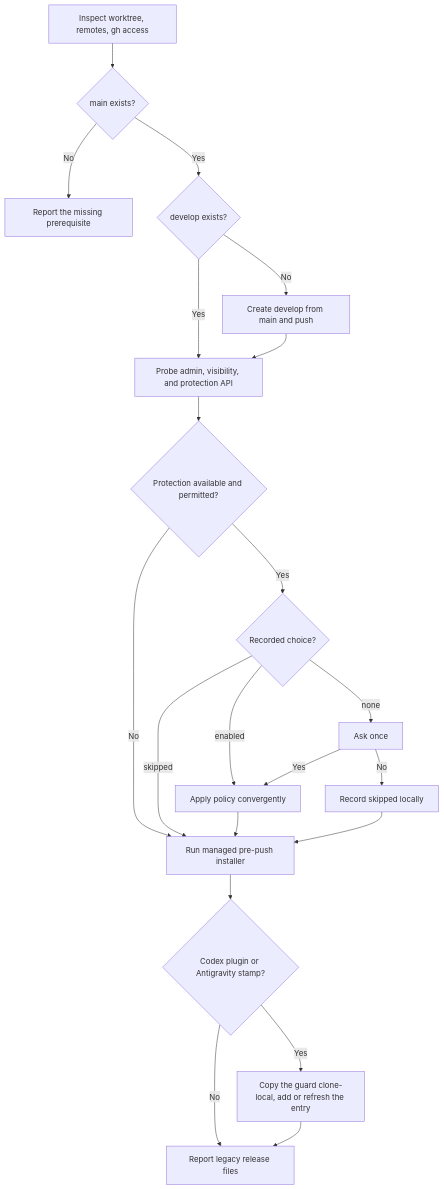
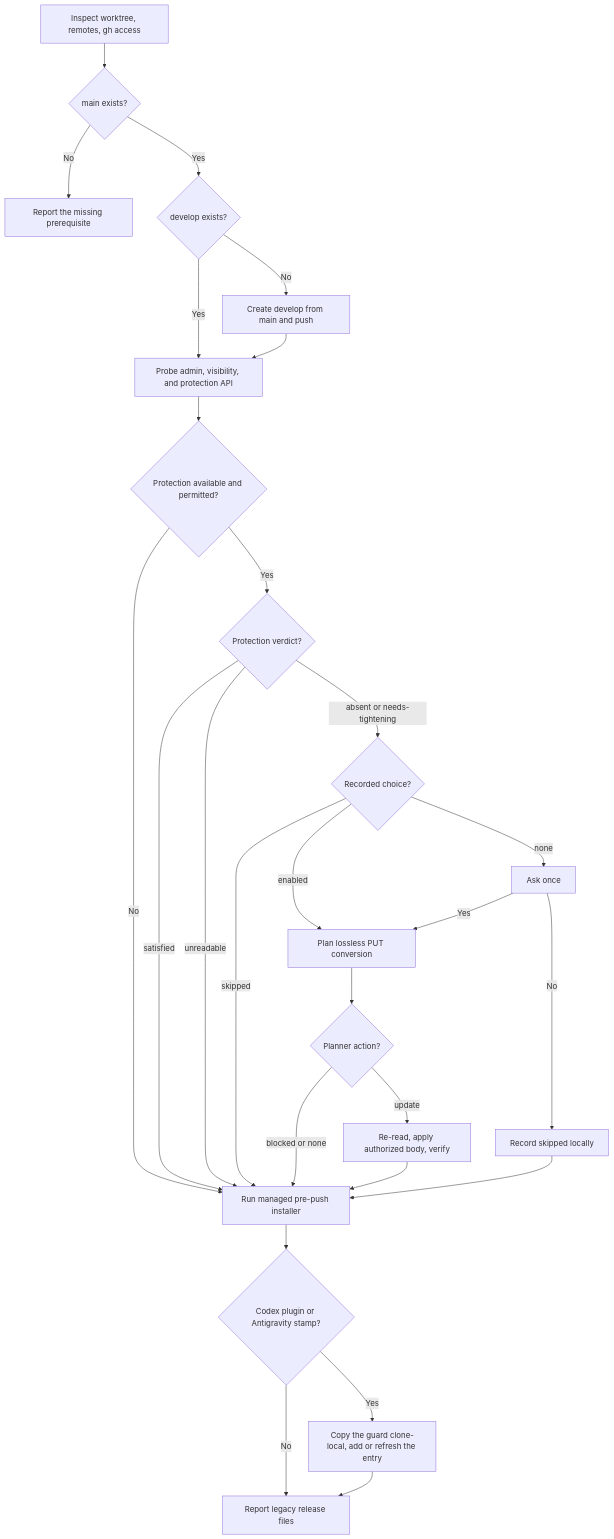
One commit to 0x0w1/jig changed the diagram in docs/en/skills/github-sync.md. Above: the diagram before and after it, drawn with Mermaid. The commit also changed other lines of this file and 71 other files, not shown here.

````diff
--- a/docs/en/skills/github-sync.md
+++ b/docs/en/skills/github-sync.md
@@ -24,23 +24,29 @@
 ```mermaid
 flowchart TD
     Inspect[Inspect worktree, remotes, gh access] --> Main{main exists?}
     Main -- No --> Stop[Report the missing prerequisite]
     Main -- Yes --> Develop{develop exists?}
     Develop -- No --> Create[Create develop from main and push]
     Develop -- Yes --> Probe
     Create --> Probe[Probe admin, visibility, and protection API]
     Probe --> Available{Protection available and permitted?}
     Available -- No --> Guard[Run managed pre-push installer]
-    Available -- Yes --> Choice{Recorded choice?}
-    Choice -- enabled --> Apply[Apply policy convergently]
+    Available -- Yes --> Classify{Protection verdict?}
+    Classify -- satisfied --> Guard
+    Classify -- unreadable --> Guard
+    Classify -- absent or needs-tightening --> Choice{Recorded choice?}
+    Choice -- enabled --> Apply[Plan lossless PUT conversion]
     Choice -- skipped --> Guard
     Choice -- none --> Ask[Ask once]
     Ask -- Yes --> Apply
     Ask -- No --> Record[Record skipped locally]
-    Apply --> Guard
+    Apply --> Plan{Planner action?}
+    Plan -- update --> Send[Re-read, apply authorized body, verify]
+    Plan -- blocked or none --> Guard
+    Send --> Guard
     Record --> Guard
     Guard --> Hosts{Codex plugin or Antigravity stamp?}
     Hosts -- Yes --> Native[Copy the guard clone-local, add or refresh the entry]
     Hosts -- No --> Legacy
     Native --> Legacy[Report legacy release files]
 ```
````
